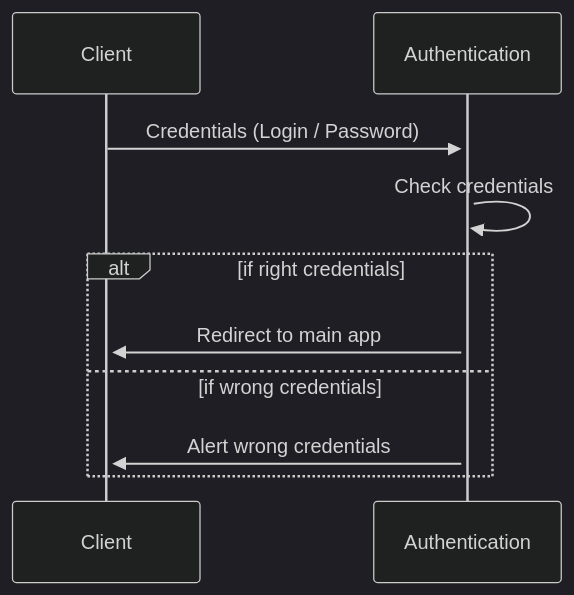
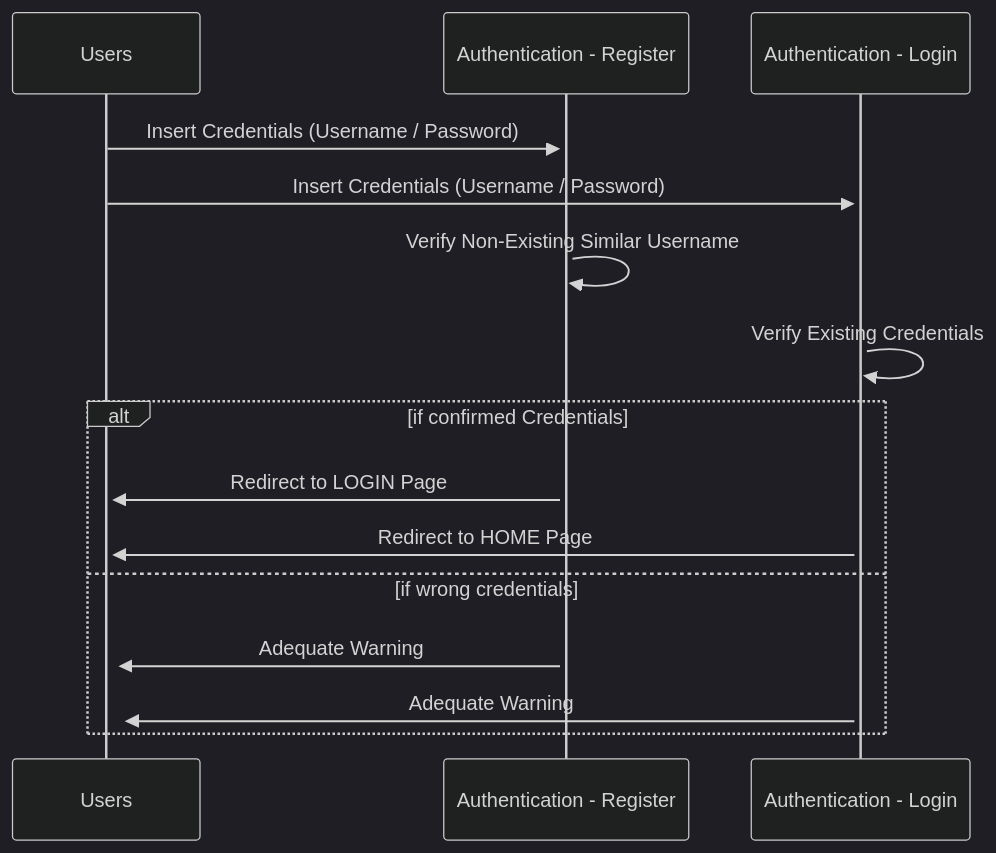
Before and after one commit to dorian-roux/DoLus-Sutom-APP: the second of 5 diagrams in README.md, drawn with Mermaid (dark theme). The commit also changed other lines of this file and 19 other files, not shown here.

````diff
--- a/README.md
+++ b/README.md
@@ -104,11 +145,18 @@
 ```mermaid
 sequenceDiagram
-    Client ->>+ Authentication: Credentials (Login / Password)    
-    Authentication ->>+ Authentication: Check credentials
+    Users ->>+ Authentication - Register: Insert Credentials (Username / Password)    
+    Users ->>+ Authentication - Login: Insert Credentials (Username / Password)    
+    Authentication - Register ->>+ Authentication - Register: Verify Non-Existing Similar Username
+    Authentication - Login ->>+ Authentication - Login: Verify Existing Credentials
 
-    alt if right credentials
-        Authentication ->>+ Client: Redirect to main app
+
+    alt if confirmed Credentials
+        Authentication - Register ->>+ Users: Redirect to LOGIN Page
+        Authentication - Login ->>+ Users: Redirect to HOME Page
+    
     else if wrong credentials
-        Authentication ->>+ Client: Alert wrong credentials
+        Authentication - Register ->>+ Users: Adequate Warning
+
+        Authentication - Login ->>+ Users: Adequate Warning
 end
 ```
````
